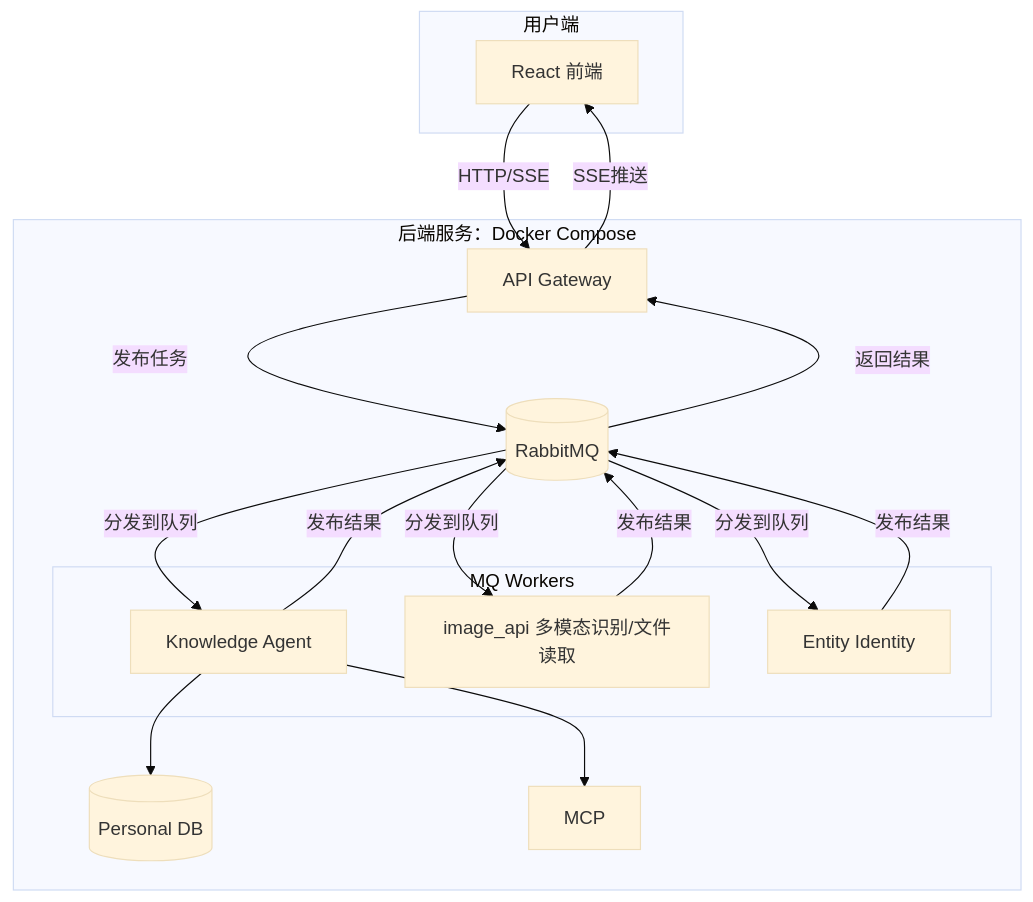
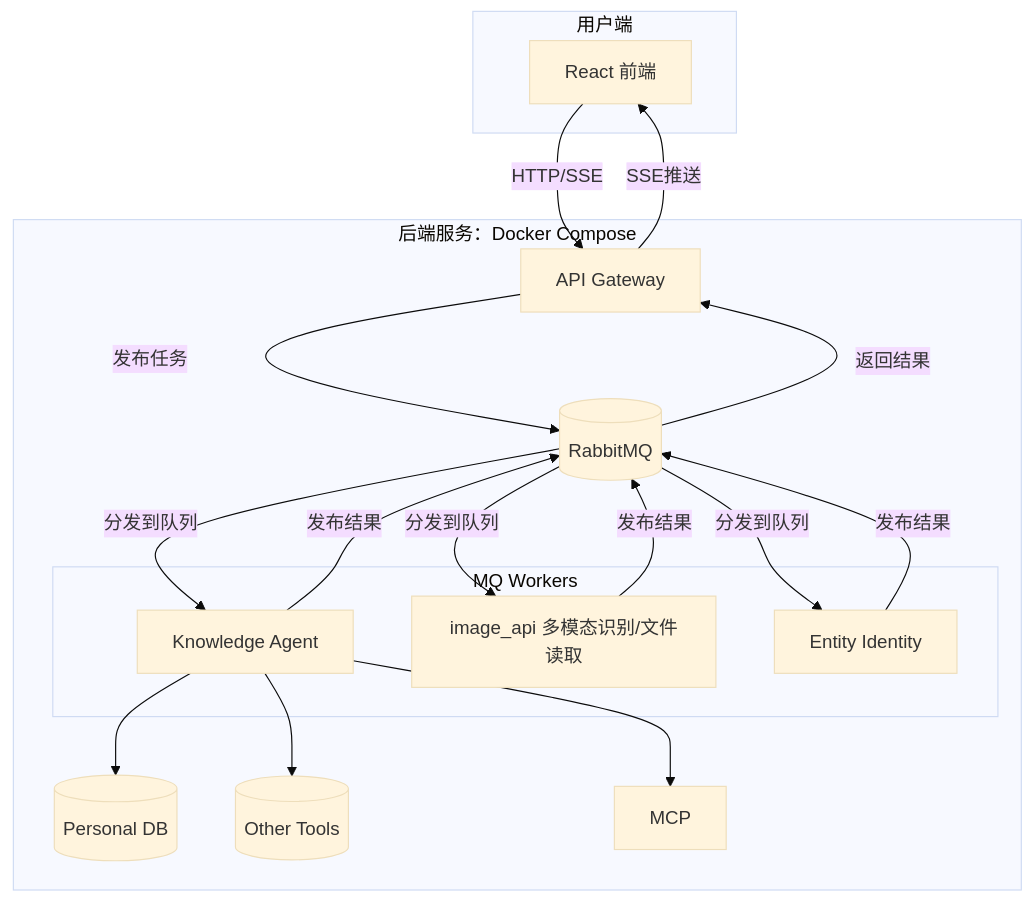
One commit to johnson7788/LangGraphA2A changed the diagram in README.md. Above: the diagram before and after it, drawn with Mermaid (base theme).

Commit message:
2025-08-20_13:15

````diff
--- a/README.md
+++ b/README.md
@@ -28,44 +28,45 @@
 ```mermaid
 graph TD
     %% ===== 分区 =====
     subgraph 用户端
         A[React 前端]
     end
 
     subgraph "后端服务：Docker Compose"
         B[API Gateway]
         C[(RabbitMQ)]
         subgraph "MQ Workers"
             D1[Knowledge Agent]
             D2[image_api 多模态识别/文件读取]
             D3[Entity Identity]
             
         end
         F[(Personal DB)]
+        I[(Other Tools)]
         H[MCP]
     end
     
 
     %% ===== 用户交互 =====
     A -- HTTP/SSE --> B
 
     %% ===== 任务发布与分发 =====
     B -- 发布任务 --> C
     C -- 分发到队列 --> D1
     C -- 分发到队列 --> D2
     C -- 分发到队列 --> D3
 
     %% ===== Workers 能力调用 =====
 
 
     D1 --> F
     D1 --> H
-
+    D1 --> I
 
     %% ===== 结果回传 =====
     D1 -- 发布结果 --> C
     D2 -- 发布结果 --> C
     D3 -- 发布结果 --> C
     C -- 返回结果 --> B
     B -- SSE推送 --> A
 ```
````
